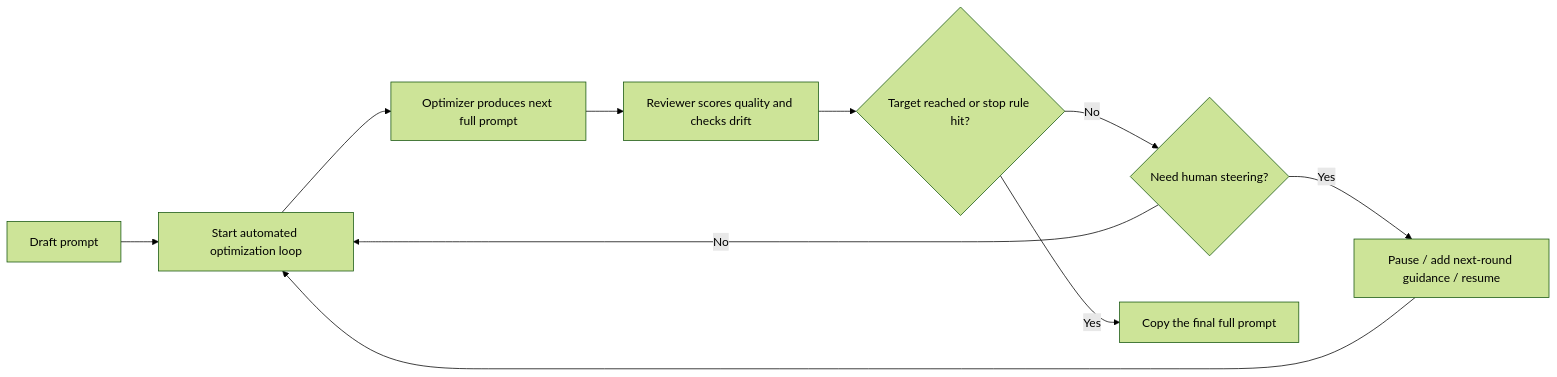
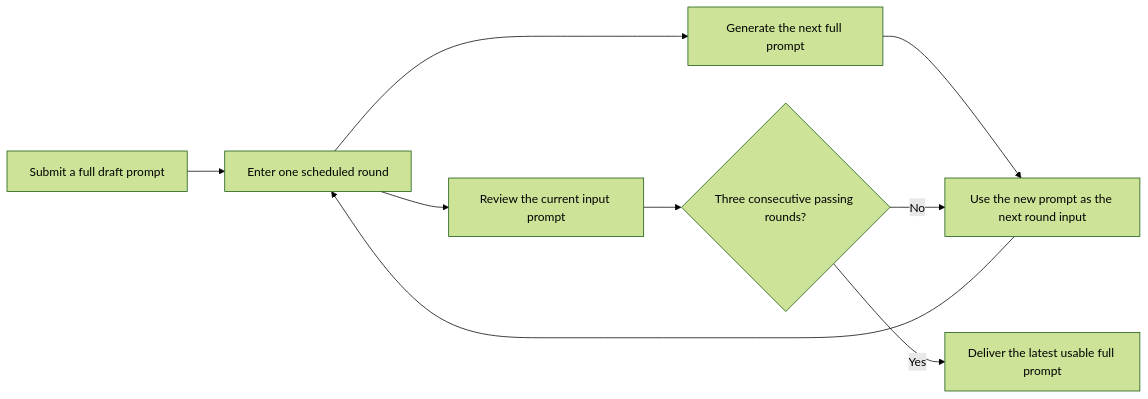
Before and after one commit to Pegparticularised945/prompt-optimizer-studio: the diagram in README_EN.md, drawn with Mermaid (forest theme). The commit also changed other lines of this file and 2 other files, not shown here.

````diff
--- a/README_EN.md
+++ b/README_EN.md
@@ -54,12 +56,11 @@
 ```mermaid
 flowchart LR
-    A[Draft prompt] --> B[Start automated optimization loop]
-    B --> C[Optimizer produces next full prompt]
-    C --> D[Reviewer scores quality and checks drift]
-    D --> E{Target reached or stop rule hit?}
-    E -- No --> F{Need human steering?}
-    F -- No --> B
-    F -- Yes --> G[Pause / add next-round guidance / resume]
-    G --> B
-    E -- Yes --> H[Copy the final full prompt]
+    A[Submit a full draft prompt] --> B[Enter one scheduled round]
+    B --> C[Review the current input prompt]
+    B --> D[Generate the next full prompt]
+    C --> E{Three consecutive passing rounds?}
+    D --> F[Use the new prompt as the next round input]
+    E -- No --> F
+    F --> B
+    E -- Yes --> G[Deliver the latest usable full prompt]
 ```
````
